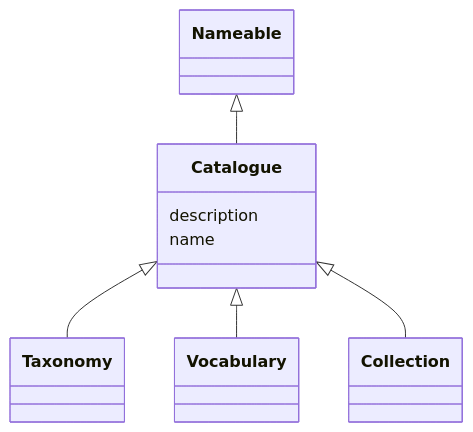
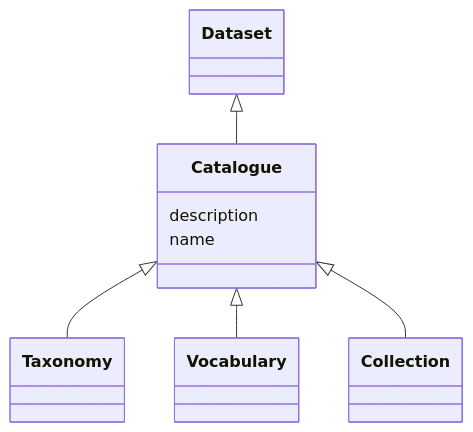
One commit to EVORA-project/evora-ontology changed the diagram in models/docs/Catalogue.md. Above: the diagram before and after it, drawn with Mermaid. The commit also changed other lines of this file and 462 other files, not shown here.

````diff
--- a/models/docs/Catalogue.md
+++ b/models/docs/Catalogue.md
@@ -21,22 +21,22 @@
 ```mermaid
  classDiagram
     class Catalogue
     click Catalogue href "../Catalogue"
-      Nameable <|-- Catalogue
-        click Nameable href "../Nameable"
+      Dataset <|-- Catalogue
+        click Dataset href "../Dataset"
       
 
       Catalogue <|-- Taxonomy
         click Taxonomy href "../Taxonomy"
       Catalogue <|-- Vocabulary
         click Vocabulary href "../Vocabulary"
       Catalogue <|-- Collection
         click Collection href "../Collection"
       
       
       Catalogue : description
         
       Catalogue : name
         
       
 ```
````
